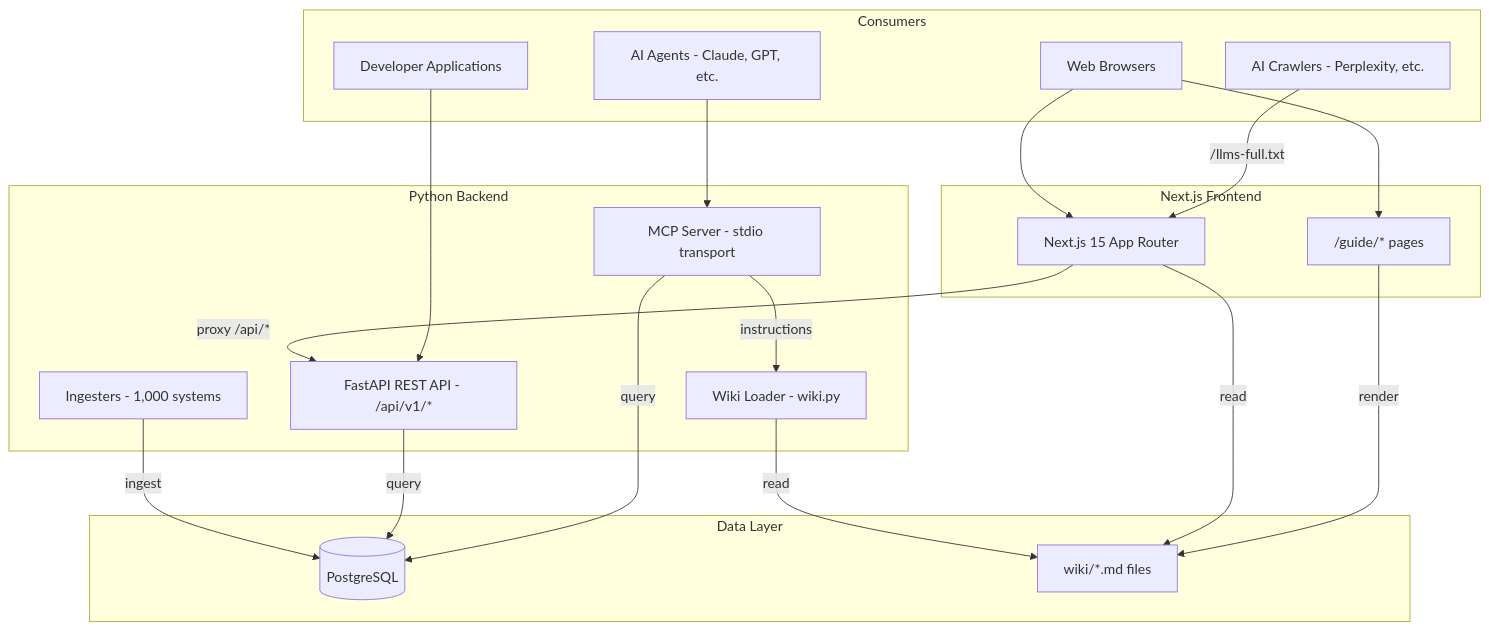
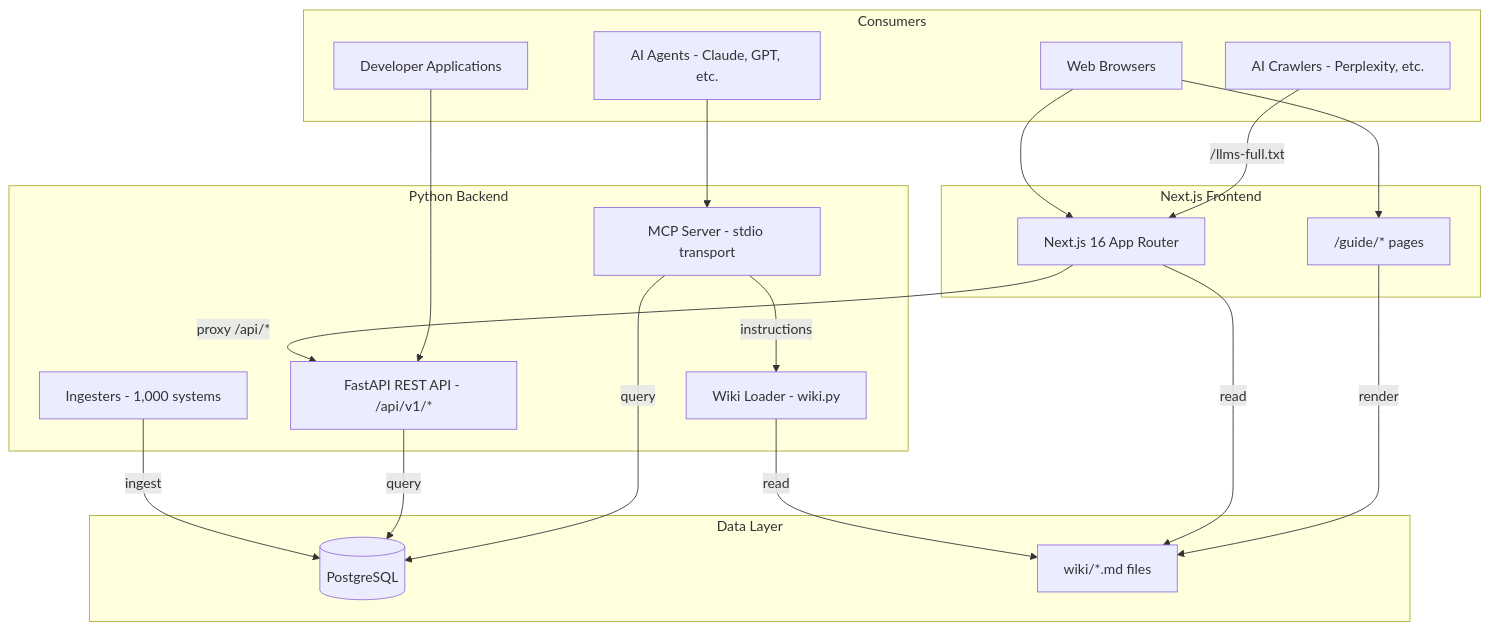
Before and after one commit to colaberry/WorldOfTaxonomy: the first of 6 diagrams in wiki/architecture.md, drawn with Mermaid. The commit also changed other lines of this file and 9 other files, not shown here.

First line of the commit message:
docs(diagrams): refresh stale auth + framework version refs (#159)

````diff
--- a/wiki/architecture.md
+++ b/wiki/architecture.md
@@ -11,36 +11,36 @@
 ```mermaid
 graph TB
   subgraph Data["Data Layer"]
     PG[(PostgreSQL)]
     WIKI["wiki/*.md files"]
   end
   subgraph Backend["Python Backend"]
     INGEST["Ingesters - 1,000 systems"]
     API["FastAPI REST API - /api/v1/*"]
     MCP["MCP Server - stdio transport"]
     WIKILOADER["Wiki Loader - wiki.py"]
   end
   subgraph Frontend["Next.js Frontend"]
-    NEXT["Next.js 15 App Router"]
+    NEXT["Next.js 16 App Router"]
     GUIDE["/guide/* pages"]
   end
   subgraph Consumers
     BROWSER["Web Browsers"]
     AIAGENT["AI Agents - Claude, GPT, etc."]
     CRAWLER["AI Crawlers - Perplexity, etc."]
     DEV["Developer Applications"]
   end
   INGEST -->|ingest| PG
   API -->|query| PG
   MCP -->|query| PG
   WIKILOADER -->|read| WIKI
   MCP -->|instructions| WIKILOADER
   NEXT -->|proxy /api/*| API
   NEXT -->|read| WIKI
   GUIDE -->|render| WIKI
   BROWSER --> NEXT
   BROWSER --> GUIDE
   AIAGENT --> MCP
   CRAWLER -->|/llms-full.txt| NEXT
   DEV --> API
 ```
````
